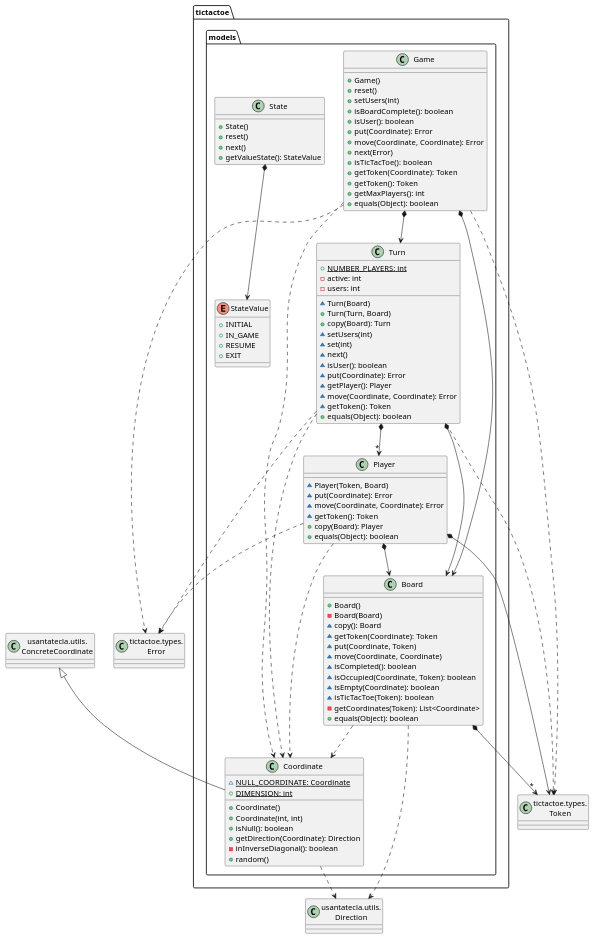
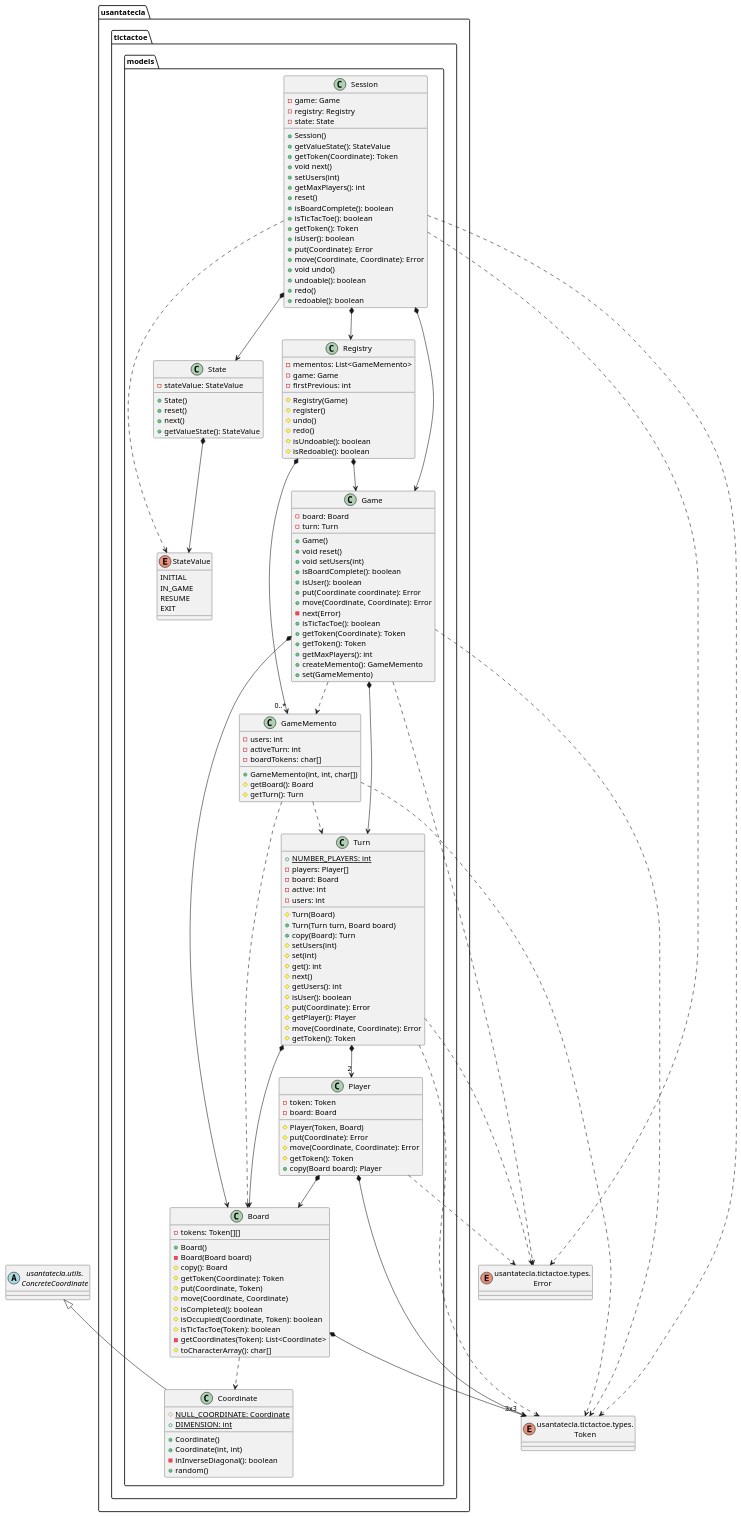
The fourth of 6 diagrams in modelViewPresenter/presentationModel/withComposite/docs/diagrams/src/paquetes.plantuml (Jolucaa/USantaTecla-project-ticTacToe), drawn with PlantUML before and after one commit. The commit also changed other lines of this file and 8 other files, not shown here.

Commit message:
[mvp.pm.withComposite] terminar documentación + refactor GameMemento

```diff
--- a/modelViewPresenter/presentationModel/withComposite/docs/diagrams/src/paquetes.plantuml
+++ b/modelViewPresenter/presentationModel/withComposite/docs/diagrams/src/paquetes.plantuml
@@ -175,111 +181,205 @@
 @startuml paqueteTicTacToeModels
-class ConcreteCoordinate as "usantatecla.utils.\nConcreteCoordinate" {}
-class Direction as "usantatecla.utils.\nDirection" {}
-class Error as "tictactoe.types.\nError" {}
-class Token as "tictactoe.types.\nToken" {}
 
-class tictactoe.models.Board{
-  + Board()
-  - Board(Board)
-  ~ copy(): Board
-  ~ getToken(Coordinate): Token
-  ~ put(Coordinate, Token)
-  ~ move(Coordinate, Coordinate)
-  ~ isCompleted(): boolean
-  ~ isOccupied(Coordinate, Token): boolean
-  ~ isEmpty(Coordinate): boolean
-  ~ isTicTacToe(Token): boolean
-  - getCoordinates(Token): List<Coordinate>
-  + equals(Object): boolean
+abstract class ConcreteCoordinate as "usantatecla.utils.\nConcreteCoordinate"
+enum Token as "usantatecla.tictactoe.types.\nToken"
+enum Error as "usantatecla.tictactoe.types.\nError"
+
+class usantatecla.tictactoe.models.Coordinate {
+
+    # {static} NULL_COORDINATE: Coordinate
+    + {static} DIMENSION: int
+
+    + Coordinate()
+    + Coordinate(int, int)
+    - inInverseDiagonal(): boolean
+    + random()
+
 }
 
-tictactoe.models.Board *-down-> "*" Token
-tictactoe.models.Board .down.> tictactoe.models.Coordinate
-tictactoe.models.Board .down.> Direction
+ConcreteCoordinate <|-down- usantatecla.tictactoe.models.Coordinate
 
-class tictactoe.models.Coordinate{
-  ~ {static} NULL_COORDINATE: Coordinate
-  + {static} DIMENSION: int
-  + Coordinate()
-  + Coordinate(int, int)
-  + isNull(): boolean
-  + getDirection(Coordinate): Direction
-  - inInverseDiagonal(): boolean
-  + random()
-}
-ConcreteCoordinate <|-down- tictactoe.models.Coordinate
-tictactoe.models.Coordinate .down.> Direction
+enum usantatecla.tictactoe.models.StateValue {
 
-class tictactoe.models.Game{
-  + Game()
-  + reset()
-  + setUsers(int)
-  + isBoardComplete(): boolean
-  + isUser(): boolean
-  + put(Coordinate): Error
-  + move(Coordinate, Coordinate): Error
-  + next(Error)
-  + isTicTacToe(): boolean
-  + getToken(Coordinate): Token
-  + getToken(): Token
-  + getMaxPlayers(): int
-  + equals(Object): boolean
-}
-tictactoe.models.Game *-down-> tictactoe.models.Board
-tictactoe.models.Game *-down-> tictactoe.models.Turn
-tictactoe.models.Game .down.> tictactoe.models.Coordinate
-tictactoe.models.Game .down.> Error
-tictactoe.models.Game .down.> Token
+    INITIAL
+    IN_GAME
+    RESUME
+    EXIT
 
-class tictactoe.models.Player{
-  ~ Player(Token, Board)
-  ~ put(Coordinate): Error
-  ~ move(Coordinate, Coordinate): Error
-  ~ getToken(): Token
-  + copy(Board): Player
-  + equals(Object): boolean
-}
-tictactoe.models.Player *-down-> Token
-tictactoe.models.Player *-down-> tictactoe.models.Board
-tictactoe.models.Player .down.> tictactoe.models.Coordinate
-tictactoe.models.Player .down.> Error
-
-class tictactoe.models.State{
-  + State()
-  + reset()
-  + next()
-  + getValueState(): StateValue
-}
-tictactoe.models.State *-down-> tictactoe.models.StateValue
-
-enum tictactoe.models.StateValue{
-  + INITIAL
-  + IN_GAME
-  + RESUME
-  + EXIT
 }
 
-class tictactoe.models.Turn{
-  + {static} NUMBER_PLAYERS: int
-  - active: int
-  - users: int
-  ~ Turn(Board)
-  + Turn(Turn, Board)
-  + copy(Board): Turn
-  ~ setUsers(int)
-  ~ set(int)
-  ~ next()
-  ~ isUser(): boolean
-  ~ put(Coordinate): Error
-  ~ getPlayer(): Player
-  ~ move(Coordinate, Coordinate): Error
-  ~ getToken(): Token
-  + equals(Object): boolean
+class usantatecla.tictactoe.models.State {
+
+    - stateValue: StateValue
+
+    + State()
+    + reset()
+    + next()
+    + getValueState(): StateValue
+
 }
 
-tictactoe.models.Turn *-down-> "*" tictactoe.models.Player
-tictactoe.models.Turn *-down-> tictactoe.models.Board
-tictactoe.models.Turn .down.-> Token
-tictactoe.models.Turn .down.-> tictactoe.models.Coordinate
-tictactoe.models.Turn .down.-> Error
+usantatecla.tictactoe.models.State *-down-> usantatecla.tictactoe.models.StateValue
+
+class usantatecla.tictactoe.models.Board {
+
+    - tokens: Token[][]
+
+    + Board()
+    - Board(Board board)
+    # copy(): Board
+    # getToken(Coordinate): Token
+    # put(Coordinate, Token)
+    # move(Coordinate, Coordinate)
+    # isCompleted(): boolean
+    # isOccupied(Coordinate, Token): boolean
+    # isTicTacToe(Token): boolean
+    - getCoordinates(Token): List<Coordinate>
+    # toCharacterArray(): char[]
+
+}
+
+usantatecla.tictactoe.models.Board *-down-> "3x3" Token
+usantatecla.tictactoe.models.Board .down.> usantatecla.tictactoe.models.Coordinate
+
+class usantatecla.tictactoe.models.Player {
+
+    - token: Token
+    - board: Board
+
+    # Player(Token, Board)
+    # put(Coordinate): Error
+    # move(Coordinate, Coordinate): Error
+    # getToken(): Token
+    + copy(Board board): Player
+
+}
+
+usantatecla.tictactoe.models.Player *-down-> Token
+usantatecla.tictactoe.models.Player *-down-> usantatecla.tictactoe.models.Board
+usantatecla.tictactoe.models.Player .down.> Error
+
+class usantatecla.tictactoe.models.Turn {
+
+    + {static} NUMBER_PLAYERS: int
+    - players: Player[]
+    - board: Board
+    - active: int
+    - users: int
+
+    # Turn(Board)
+    + Turn(Turn turn, Board board)
+    + copy(Board): Turn
+    #setUsers(int)
+    # set(int)
+    # get(): int
+    # next()
+    # getUsers(): int
+    # isUser(): boolean
+    #put(Coordinate): Error
+    # getPlayer(): Player
+    # move(Coordinate, Coordinate): Error
+    # getToken(): Token
+
+}
+
+usantatecla.tictactoe.models.Turn .down.> Token
+usantatecla.tictactoe.models.Turn *-down-> usantatecla.tictactoe.models.Board
+usantatecla.tictactoe.models.Turn *-down-> "2" usantatecla.tictactoe.models.Player
+usantatecla.tictactoe.models.Turn .down.> Error
+
+class usantatecla.tictactoe.models.GameMemento {
+
+    - users: int
+    - activeTurn: int
+    - boardTokens: char[]
+
+    + GameMemento(int, int, char[])
+    # getBoard(): Board
+    # getTurn(): Turn
+
+}
+
+usantatecla.tictactoe.models.GameMemento .down.> usantatecla.tictactoe.models.Board
+usantatecla.tictactoe.models.GameMemento .down.> usantatecla.tictactoe.models.Turn
+usantatecla.tictactoe.models.GameMemento .down.> Token
+
+class usantatecla.tictactoe.models.Registry {
+
+    - mementos: List<GameMemento>
+    - game: Game
+    - firstPrevious: int
+
+    # Registry(Game)
+    # register()
+    # undo()
+    # redo()
+    # isUndoable(): boolean
+    # isRedoable(): boolean
+
+}
+
+usantatecla.tictactoe.models.Registry *-down-> usantatecla.tictactoe.models.Game
+usantatecla.tictactoe.models.Registry *-down-> "0..*" usantatecla.tictactoe.models.GameMemento
+
+class usantatecla.tictactoe.models.Game {
+
+    -board: Board
+    -turn: Turn
+
+    + Game()
+    + void reset()
+    + void setUsers(int)
+    + isBoardComplete(): boolean
+    + isUser(): boolean
+    + put(Coordinate coordinate): Error
+    + move(Coordinate, Coordinate): Error
+    - next(Error)
+    + isTicTacToe(): boolean
+    + getToken(Coordinate): Token
+    + getToken(): Token
+    + getMaxPlayers(): int
+    + createMemento(): GameMemento
+    + set(GameMemento)
+
+}
+
+usantatecla.tictactoe.models.Game *-down-> usantatecla.tictactoe.models.Board
+usantatecla.tictactoe.models.Game *-down-> usantatecla.tictactoe.models.Turn
+usantatecla.tictactoe.models.Game .down.> Error
+usantatecla.tictactoe.models.Game .down.> Token
+usantatecla.tictactoe.models.Game .down.> usantatecla.tictactoe.models.GameMemento
+
+class usantatecla.tictactoe.models.Session {
+
+    - game: Game
+    - registry: Registry
+    - state: State
+
+    + Session()
+    + getValueState(): StateValue
+    + getToken(Coordinate): Token
+    + void next()
+    + setUsers(int)
+    + getMaxPlayers(): int
+    + reset()
+    + isBoardComplete(): boolean
+    + isTicTacToe(): boolean
+    + getToken(): Token
+    + isUser(): boolean
+    + put(Coordinate): Error
+    + move(Coordinate, Coordinate): Error
+    + void undo()
+    + undoable(): boolean
+    + redo()
+    + redoable(): boolean
+
+}
+
+usantatecla.tictactoe.models.Session *-down-> usantatecla.tictactoe.models.Game
+usantatecla.tictactoe.models.Session *-down-> usantatecla.tictactoe.models.State
+usantatecla.tictactoe.models.Session *-down-> usantatecla.tictactoe.models.Registry
+usantatecla.tictactoe.models.Session .down.> Token
+usantatecla.tictactoe.models.Session .down.> usantatecla.tictactoe.models.StateValue
+usantatecla.tictactoe.models.Session .down.> Error
+
 @enduml
```
